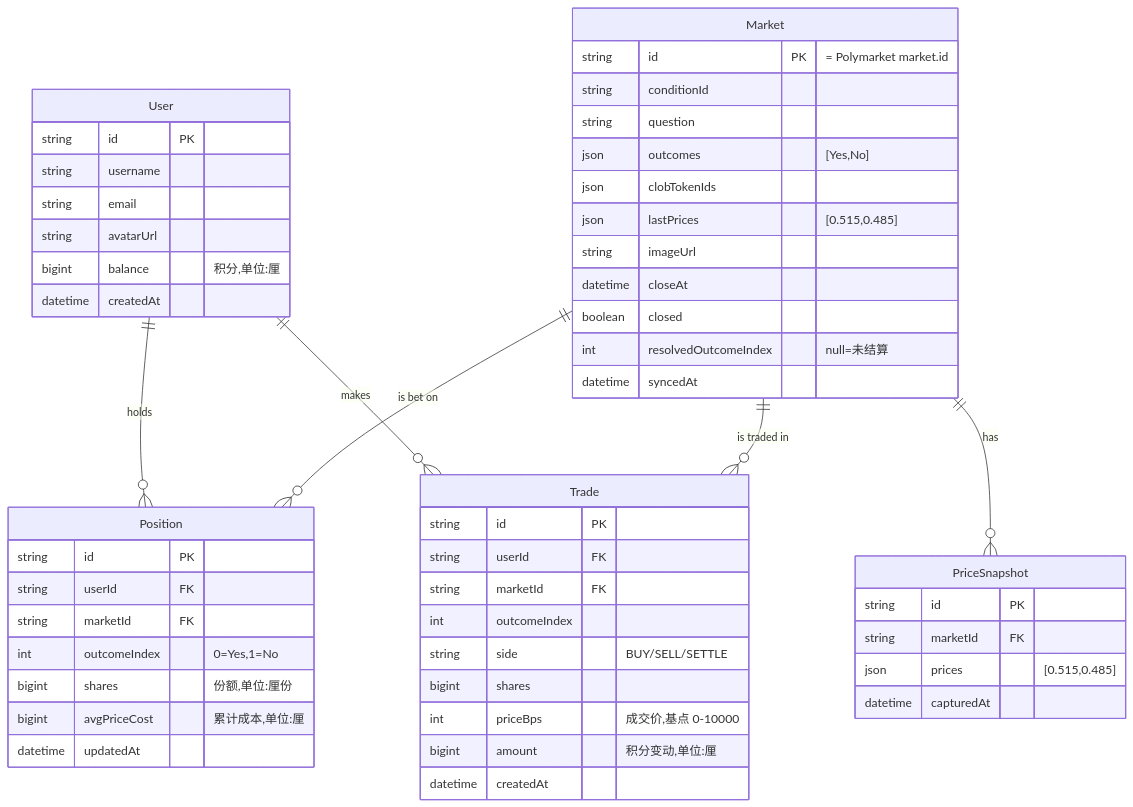
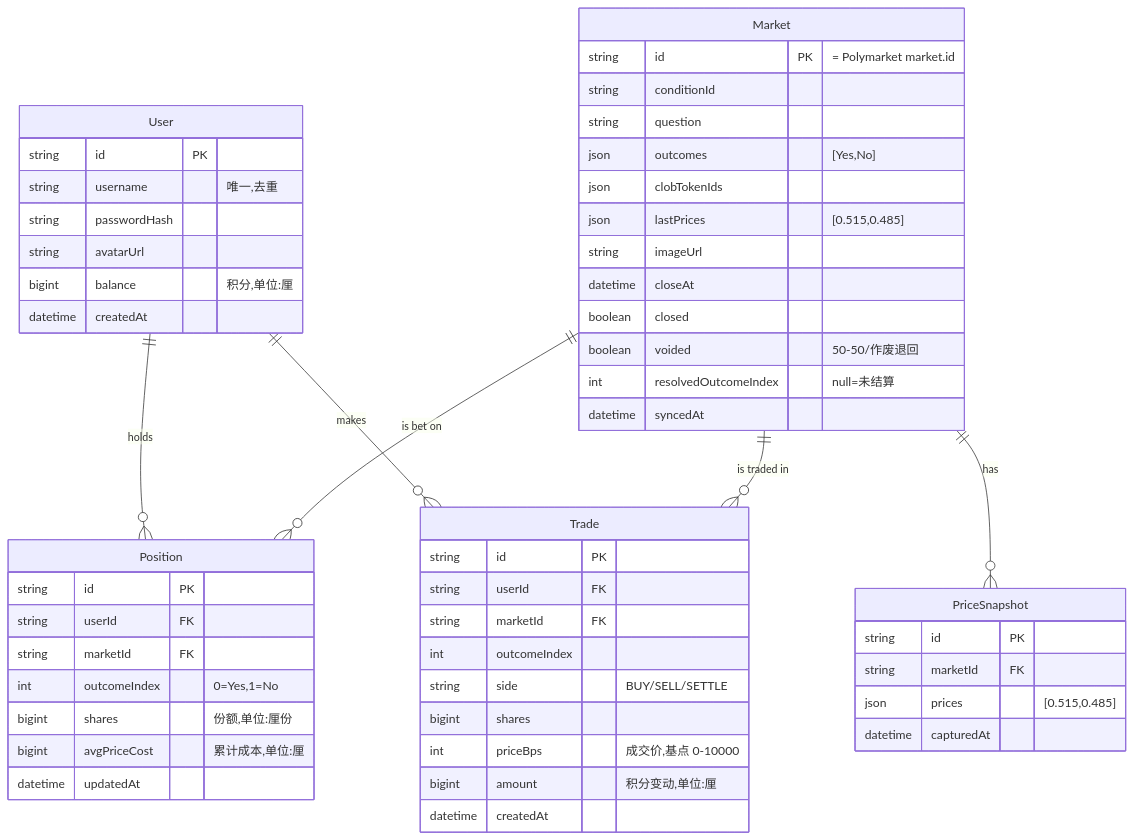
Before and after one commit to cwei9203/ClonePolyMarket: the diagram in docs/02-data-model.md, drawn with Mermaid. The commit also changed other lines of this file and 11 other files, not shown here.

````diff
--- a/docs/02-data-model.md
+++ b/docs/02-data-model.md
@@ -9,56 +9,57 @@
 ```mermaid
 erDiagram
     User ||--o{ Position : holds
     User ||--o{ Trade : makes
     Market ||--o{ Position : "is bet on"
     Market ||--o{ Trade : "is traded in"
     Market ||--o{ PriceSnapshot : "has"
 
     User {
         string id PK
-        string username
-        string email
+        string username "唯一,去重"
+        string passwordHash
         string avatarUrl
         bigint balance "积分,单位:厘"
         datetime createdAt
     }
     Market {
         string id PK "= Polymarket market.id"
         string conditionId
         string question
         json outcomes "[Yes,No]"
         json clobTokenIds
         json lastPrices "[0.515,0.485]"
         string imageUrl
         datetime closeAt
         boolean closed
+        boolean voided "50-50/作废退回"
         int resolvedOutcomeIndex "null=未结算"
         datetime syncedAt
     }
     Position {
         string id PK
         string userId FK
         string marketId FK
         int outcomeIndex "0=Yes,1=No"
         bigint shares "份额,单位:厘份"
         bigint avgPriceCost "累计成本,单位:厘"
         datetime updatedAt
     }
     Trade {
         string id PK
         string userId FK
         string marketId FK
         int outcomeIndex
         string side "BUY/SELL/SETTLE"
         bigint shares
         int priceBps "成交价,基点 0-10000"
         bigint amount "积分变动,单位:厘"
         datetime createdAt
     }
     PriceSnapshot {
         string id PK
         string marketId FK
         json prices "[0.515,0.485]"
         datetime capturedAt
     }
 ```
````
